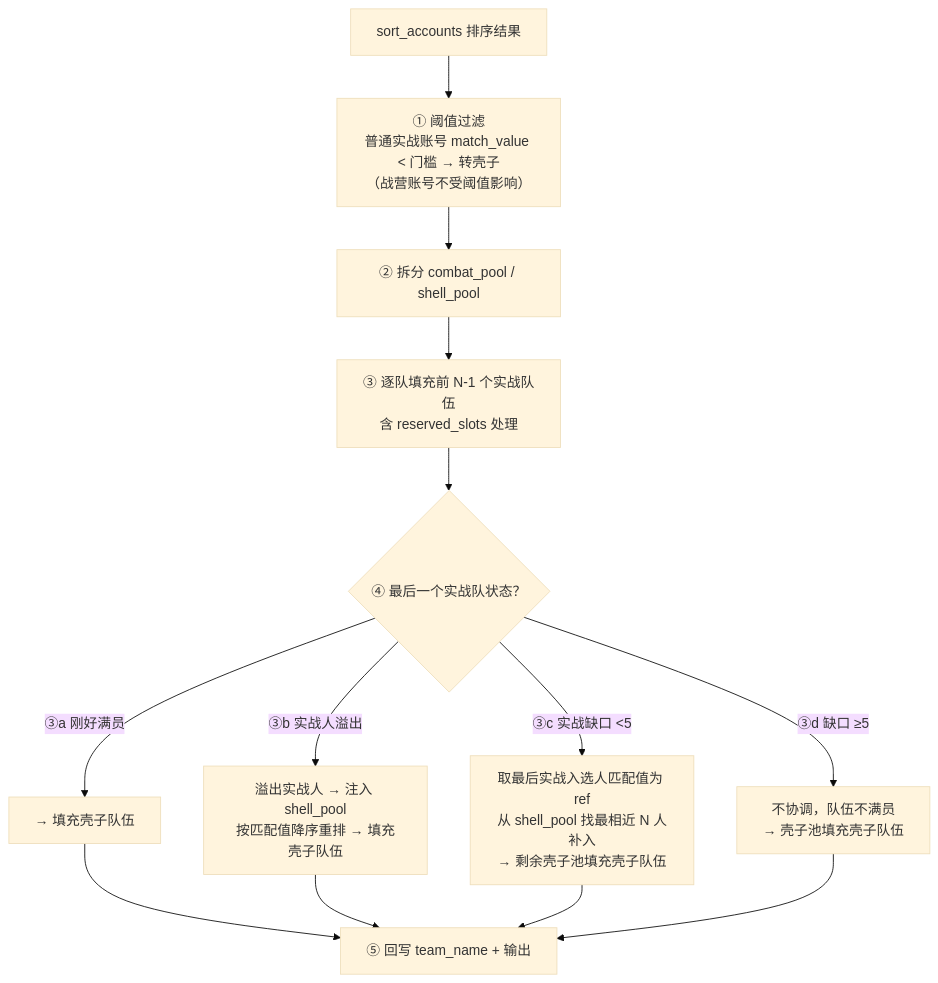
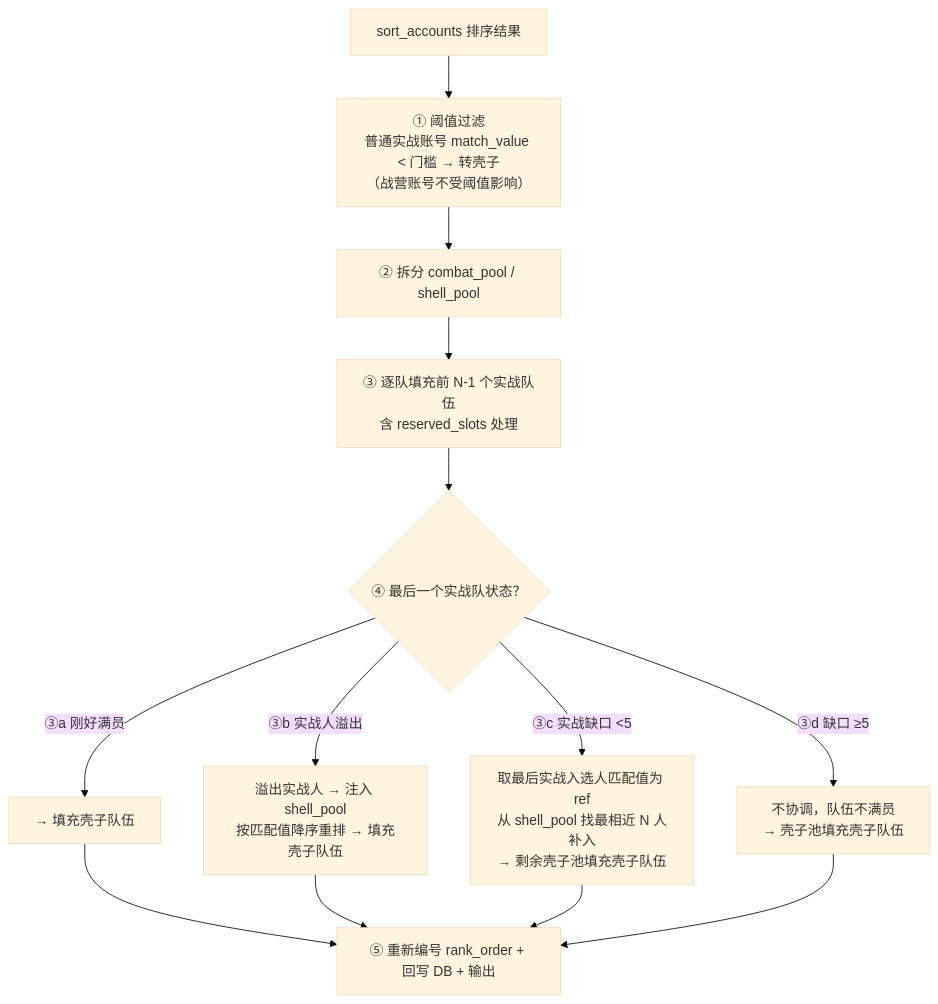
Before and after one commit to Pluto1944/sky-admin: the second of 2 diagrams in docs/03-sorting.md, drawn with Mermaid (base theme). The commit also changed other lines of this file and 12 other files, not shown here.

First line of the commit message:
refactor: simplify rank_order write flow and update docs

````diff
--- a/docs/03-sorting.md
+++ b/docs/03-sorting.md
@@ -617,15 +618,15 @@
 ```mermaid
 flowchart TD
     A[sort_accounts 排序结果] --> B["① 阈值过滤<br/>普通实战账号 match_value < 门槛 → 转壳子<br/>（战营账号不受阈值影响）"]
     B --> C["② 拆分 combat_pool / shell_pool"]
     C --> D["③ 逐队填充前 N-1 个实战队伍<br/>含 reserved_slots 处理"]
     D --> E{"④ 最后一个实战队状态？"}
     E -->|"③a 刚好满员"| F["→ 填充壳子队伍"]
     E -->|"③b 实战人溢出"| G["溢出实战人 → 注入 shell_pool<br/>按匹配值降序重排 → 填充壳子队伍"]
     E -->|"③c 实战缺口 <5"| H["取最后实战入选人匹配值为 ref<br/>从 shell_pool 找最相近 N 人补入<br/>→ 剩余壳子池填充壳子队伍"]
     E -->|"③d 缺口 ≥5"| I["不协调，队伍不满员<br/>→ 壳子池填充壳子队伍"]
-    F --> J["⑤ 回写 team_name + 输出"]
+    F --> J["⑤ 重新编号 rank_order + 回写 DB + 输出"]
     G --> J
     H --> J
     I --> J
 ```
````
